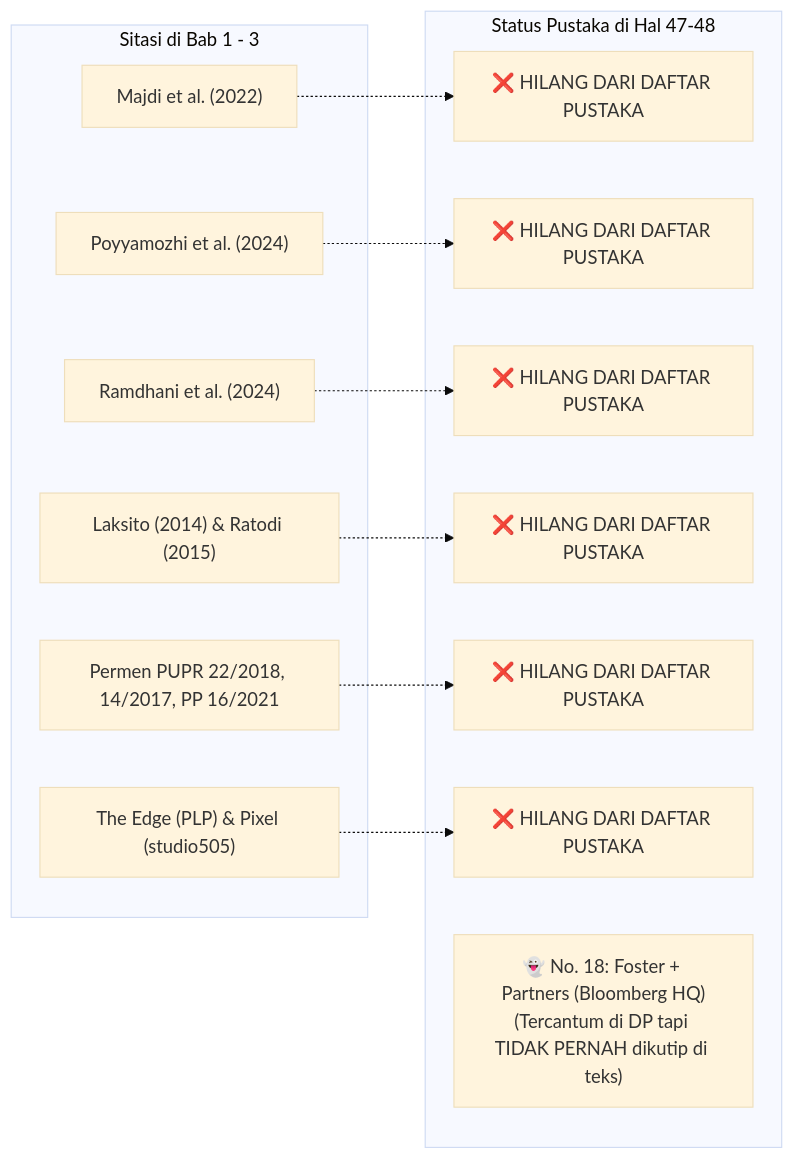
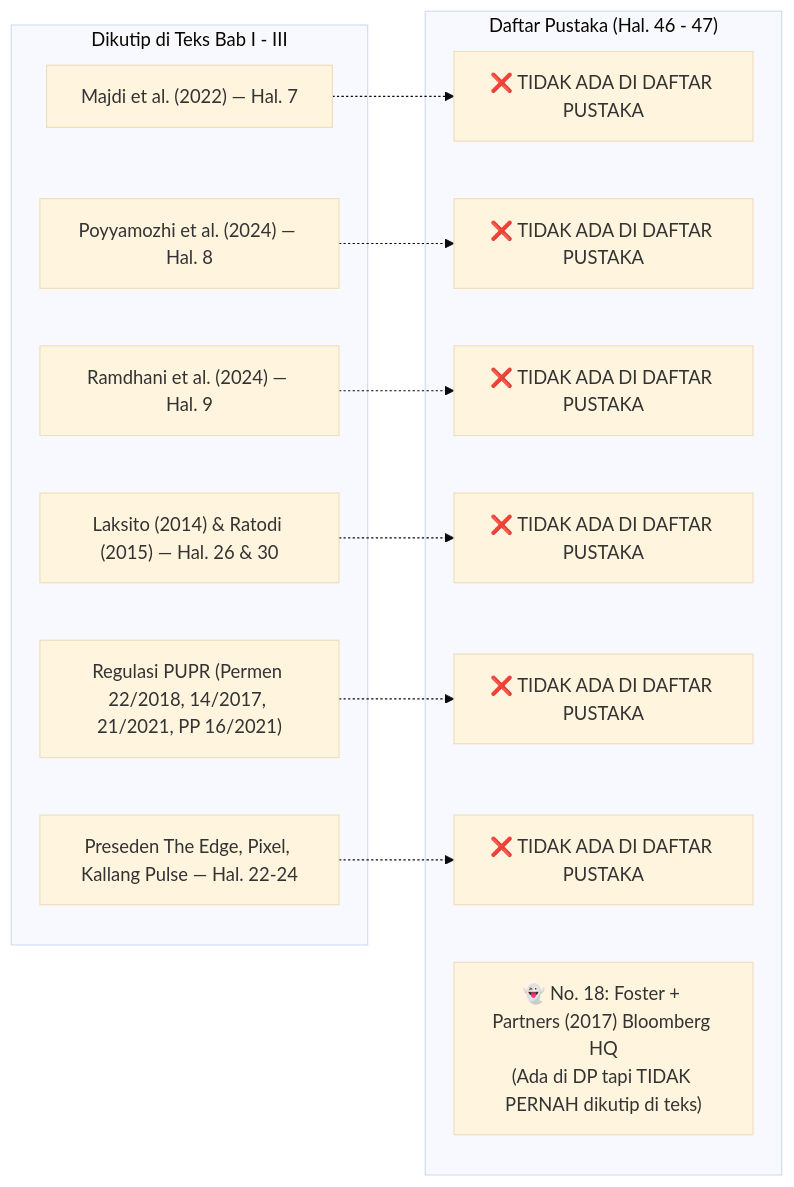
One commit to antonprafanto/thesis-consultation changed the first of 2 diagrams in audit_mahasiswa/laporan_audit_seminar_arsitektur_arya_rizqi_putra_mahardika.md. Above: the diagram before and after it, drawn with Mermaid (base theme). The commit also changed other lines of this file and 1 other file, not shown here.

````diff
--- a/audit_mahasiswa/laporan_audit_seminar_arsitektur_arya_rizqi_putra_mahardika.md
+++ b/audit_mahasiswa/laporan_audit_seminar_arsitektur_arya_rizqi_putra_mahardika.md
@@ -92,28 +108,28 @@
 ```mermaid
 flowchart LR
-    subgraph BADAN_TEKS["Sitasi di Bab 1 - 3"]
-        A1["Majdi et al. (2022)"]
-        A2["Poyyamozhi et al. (2024)"]
-        A3["Ramdhani et al. (2024)"]
-        A4["Laksito (2014) & Ratodi (2015)"]
-        A5["Permen PUPR 22/2018, 14/2017, PP 16/2021"]
-        A6["The Edge (PLP) & Pixel (studio505)"]
+    subgraph TEKS_NASKAH["Dikutip di Teks Bab I - III"]
+        A1["Majdi et al. (2022) — Hal. 7"]
+        A2["Poyyamozhi et al. (2024) — Hal. 8"]
+        A3["Ramdhani et al. (2024) — Hal. 9"]
+        A4["Laksito (2014) & Ratodi (2015) — Hal. 26 & 30"]
+        A5["Regulasi PUPR (Permen 22/2018, 14/2017, 21/2021, PP 16/2021)"]
+        A6["Preseden The Edge, Pixel, Kallang Pulse — Hal. 22-24"]
     end
 
-    subgraph DAFTAR_PUSTAKA["Status Pustaka di Hal 47-48"]
-        B1["❌ HILANG DARI DAFTAR PUSTAKA"]
-        B2["❌ HILANG DARI DAFTAR PUSTAKA"]
-        B3["❌ HILANG DARI DAFTAR PUSTAKA"]
-        B4["❌ HILANG DARI DAFTAR PUSTAKA"]
-        B5["❌ HILANG DARI DAFTAR PUSTAKA"]
-        B6["❌ HILANG DARI DAFTAR PUSTAKA"]
-        GHOST["👻 No. 18: Foster + Partners (Bloomberg HQ)<br/>(Tercantum di DP tapi TIDAK PERNAH dikutip di teks)"]
+    subgraph DAFTAR_PUSTAKA["Daftar Pustaka (Hal. 46 - 47)"]
+        B1["❌ TIDAK ADA DI DAFTAR PUSTAKA"]
+        B2["❌ TIDAK ADA DI DAFTAR PUSTAKA"]
+        B3["❌ TIDAK ADA DI DAFTAR PUSTAKA"]
+        B4["❌ TIDAK ADA DI DAFTAR PUSTAKA"]
+        B5["❌ TIDAK ADA DI DAFTAR PUSTAKA"]
+        B6["❌ TIDAK ADA DI DAFTAR PUSTAKA"]
+        GHOST["👻 No. 18: Foster + Partners (2017) Bloomberg HQ<br/>(Ada di DP tapi TIDAK PERNAH dikutip di teks)"]
     end
 
     A1 -.-> B1
     A2 -.-> B2
     A3 -.-> B3
     A4 -.-> B4
     A5 -.-> B5
     A6 -.-> B6
 ```
````
